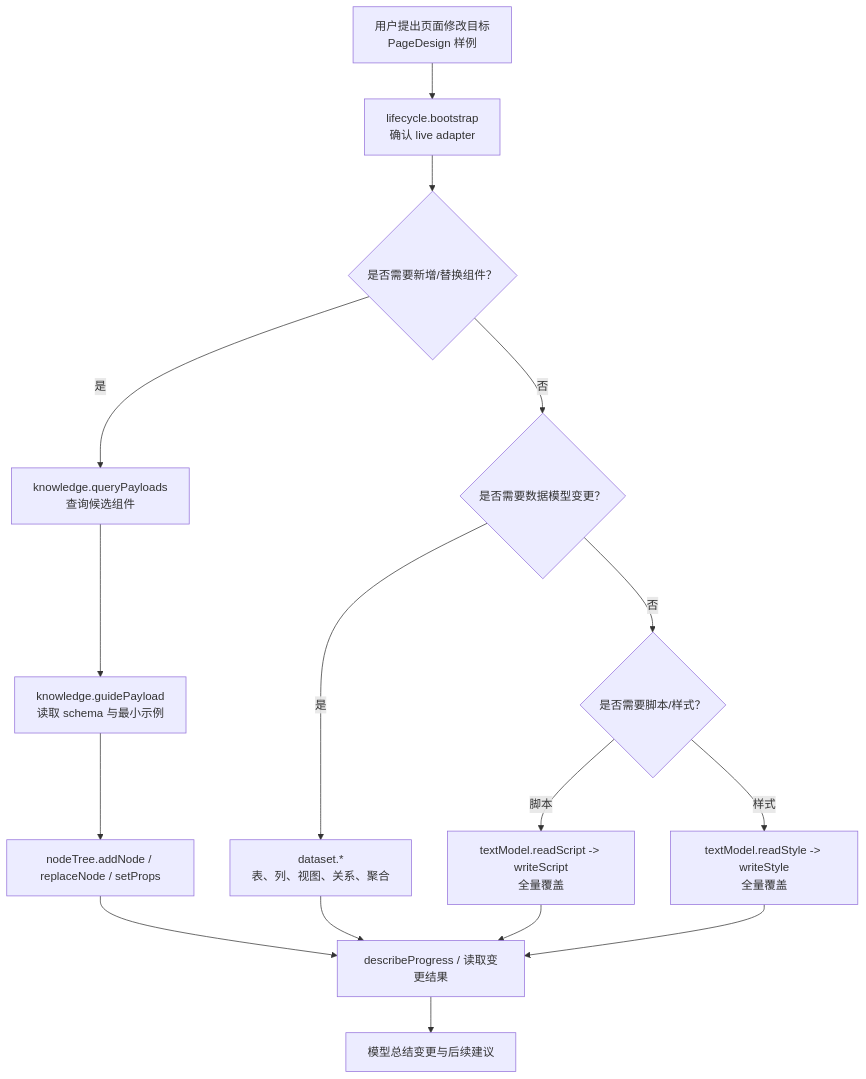
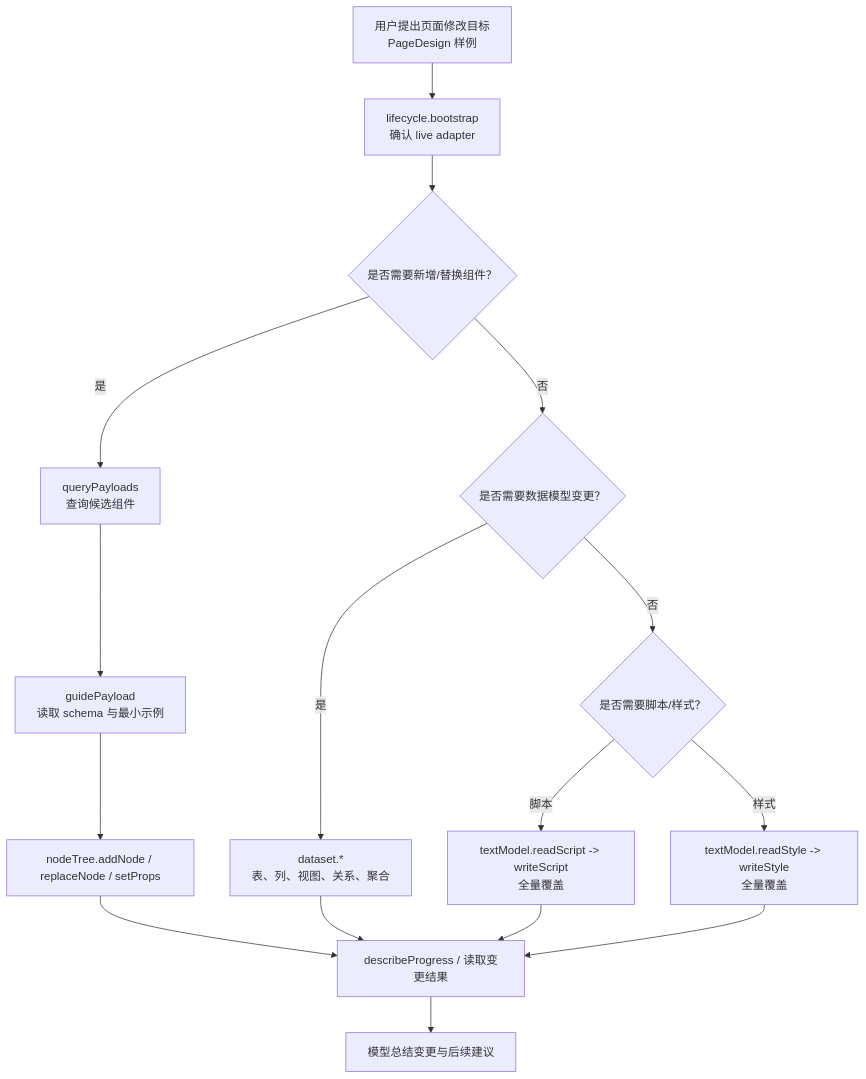
The ninth of 14 diagrams in docs/ai/AI_DETAILED_DESIGN_AND_IMPLEMENTATION_CHAIN.md (LMSpark/spark-view-vue), drawn with Mermaid before and after one commit. The commit also changed other lines of this file and 56 other files, not shown here.

Commit message:
feat: unify AI core protocol and simplify chat panel architecture

````diff
--- a/docs/ai/AI_DETAILED_DESIGN_AND_IMPLEMENTATION_CHAIN.md
+++ b/docs/ai/AI_DETAILED_DESIGN_AND_IMPLEMENTATION_CHAIN.md
@@ -295,18 +295,18 @@
 ```mermaid
 flowchart TB
   A["用户提出页面修改目标<br/>PageDesign 样例"] --> B["lifecycle.bootstrap<br/>确认 live adapter"]
   B --> C{"是否需要新增/替换组件？"}
-  C -- "是" --> D["knowledge.queryPayloads<br/>查询候选组件"]
-  D --> E["knowledge.guidePayload<br/>读取 schema 与最小示例"]
+  C -- "是" --> D["queryPayloads<br/>查询候选组件"]
+  D --> E["guidePayload<br/>读取 schema 与最小示例"]
   E --> F["nodeTree.addNode / replaceNode / setProps"]
   C -- "否" --> G{"是否需要数据模型变更？"}
   G -- "是" --> H["dataset.*<br/>表、列、视图、关系、聚合"]
   G -- "否" --> I{"是否需要脚本/样式？"}
   I -- "脚本" --> J["textModel.readScript -> writeScript<br/>全量覆盖"]
   I -- "样式" --> K["textModel.readStyle -> writeStyle<br/>全量覆盖"]
   F --> L["describeProgress / 读取变更结果"]
   H --> L
   J --> L
   K --> L
   L --> M["模型总结变更与后续建议"]
 ```
````
